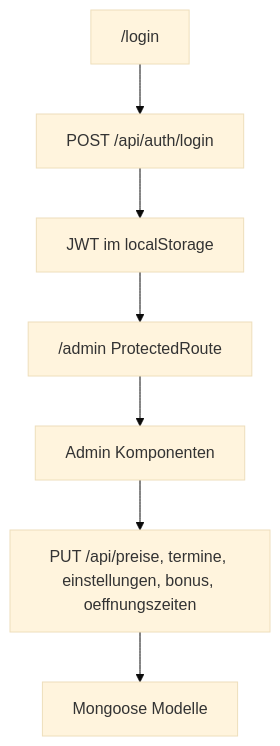
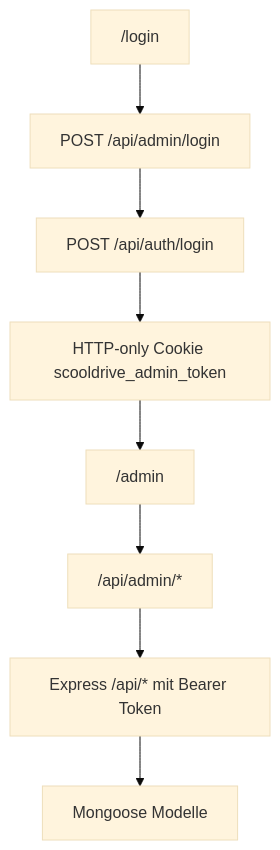
One commit to BasharOc/scooldrive changed the second of 3 diagrams in docs/00-project-overview.md. Above: the diagram before and after it, drawn with Mermaid (base theme). The commit also changed other lines of this file and 13 other files, not shown here.

````diff
--- a/docs/00-project-overview.md
+++ b/docs/00-project-overview.md
@@ -42,9 +45,10 @@
 ```mermaid
 flowchart TD
-  AdminLogin["/login"] --> AuthApi["POST /api/auth/login"]
-  AuthApi --> JWT["JWT im localStorage"]
-  JWT --> AdminRoute["/admin ProtectedRoute"]
-  AdminRoute --> AdminPanels["Admin Komponenten"]
-  AdminPanels --> ProtectedApi["PUT /api/preise, termine, einstellungen, bonus, oeffnungszeiten"]
+  Login["/login"] --> NextLogin["POST /api/admin/login"]
+  NextLogin --> ExpressAuth["POST /api/auth/login"]
+  ExpressAuth --> Cookie["HTTP-only Cookie scooldrive_admin_token"]
+  Cookie --> Admin["/admin"]
+  Admin --> NextAdminApi["/api/admin/*"]
+  NextAdminApi --> ProtectedApi["Express /api/* mit Bearer Token"]
   ProtectedApi --> Models["Mongoose Modelle"]
 ```
````
